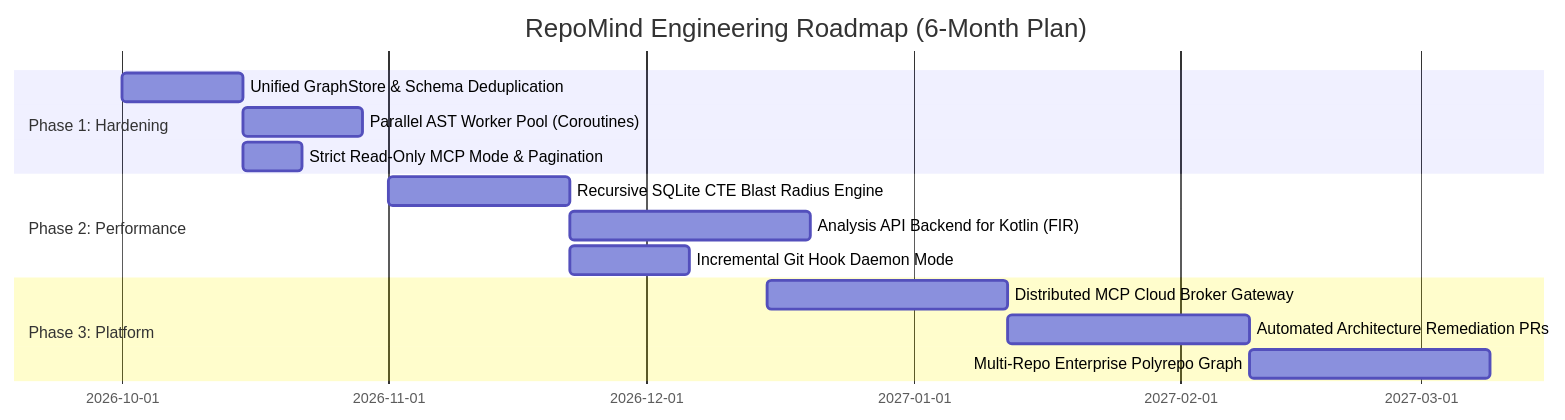
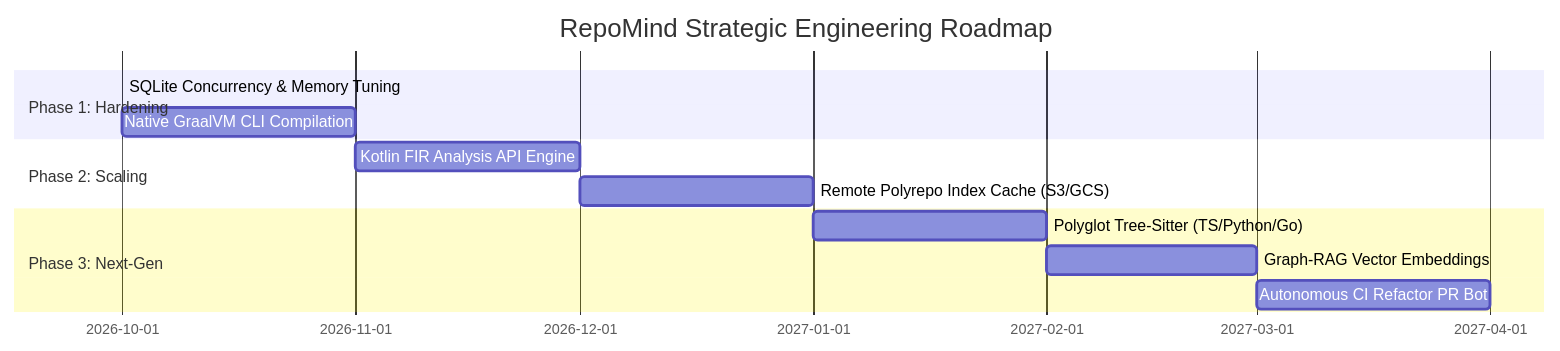
One commit to daryllrebeiro/repo-mind changed the second of 2 diagrams in REVIEW_AND_ROADMAP.md. Above: the diagram before and after it, drawn with Mermaid. The commit also changed other lines of this file, not shown here.

Commit message:
docs: comprehensive architectural review and strategic roadmap post-phase 3

````diff
--- a/REVIEW_AND_ROADMAP.md
+++ b/REVIEW_AND_ROADMAP.md
@@ -287,17 +266,15 @@
 ```mermaid
 gantt
-    title RepoMind Engineering Roadmap (6-Month Plan)
-    dateFormat  YYYY-MM-DD
+    title RepoMind Strategic Engineering Roadmap
+    dateFormat  YYYY-MM
     section Phase 1: Hardening
-    Unified GraphStore & Schema Deduplication :p1_1, 2026-10-01, 2w
-    Parallel AST Worker Pool (Coroutines)     :p1_2, after p1_1, 2w
-    Strict Read-Only MCP Mode & Pagination    :p1_3, after p1_1, 1w
-    section Phase 2: Performance
-    Recursive SQLite CTE Blast Radius Engine  :p2_1, 2026-11-01, 3w
-    Analysis API Backend for Kotlin (FIR)    :p2_2, after p2_1, 4w
-    Incremental Git Hook Daemon Mode          :p2_3, after p2_1, 2w
-    section Phase 3: Platform
-    Distributed MCP Cloud Broker Gateway      :p3_1, 2026-12-15, 4w
-    Automated Architecture Remediation PRs    :p3_2, after p3_1, 4w
-    Multi-Repo Enterprise Polyrepo Graph      :p3_3, after p3_2, 4w
+    SQLite Concurrency & Memory Tuning    :active, p1_1, 2026-10, 2026-10
+    Native GraalVM CLI Compilation        :p1_2, 2026-10, 2026-11
+    section Phase 2: Scaling
+    Kotlin FIR Analysis API Engine        :p2_1, 2026-11, 2026-12
+    Remote Polyrepo Index Cache (S3/GCS)  :p2_2, 2026-12, 2027-01
+    section Phase 3: Next-Gen
+    Polyglot Tree-Sitter (TS/Python/Go)   :p3_1, 2027-01, 2027-02
+    Graph-RAG Vector Embeddings           :p3_2, 2027-02, 2027-03
+    Autonomous CI Refactor PR Bot         :p3_3, 2027-03, 2027-04
 ```
````
